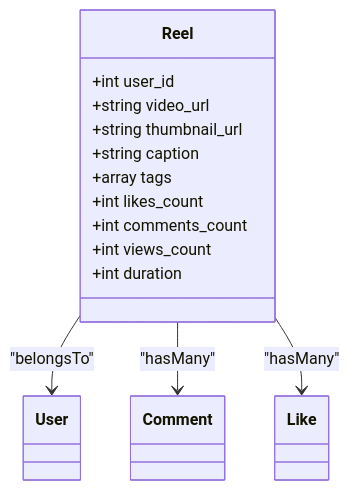
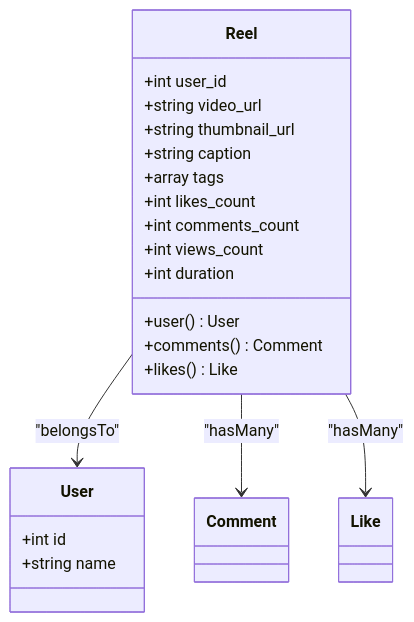
One commit to VenokM05/Travel_Project changed the eighth of 16 diagrams in .qoder/repowiki/en/content/Social Features.md. Above: the diagram before and after it, drawn with Mermaid. The commit also changed other lines of this file and 12 other files, not shown here.

````diff
--- a/.qoder/repowiki/en/content/Social Features.md
+++ b/.qoder/repowiki/en/content/Social Features.md
@@ -291,20 +444,24 @@
 ```mermaid
 classDiagram
 class Reel {
 +int user_id
 +string video_url
 +string thumbnail_url
 +string caption
 +array tags
 +int likes_count
 +int comments_count
 +int views_count
 +int duration
++user() User
++comments() Comment
++likes() Like
 }
-class User
-class Comment
-class Like
+class User {
++int id
++string name
+}
 Reel --> User : "belongsTo"
 Reel --> Comment : "hasMany"
 Reel --> Like : "hasMany"
 ```
````
